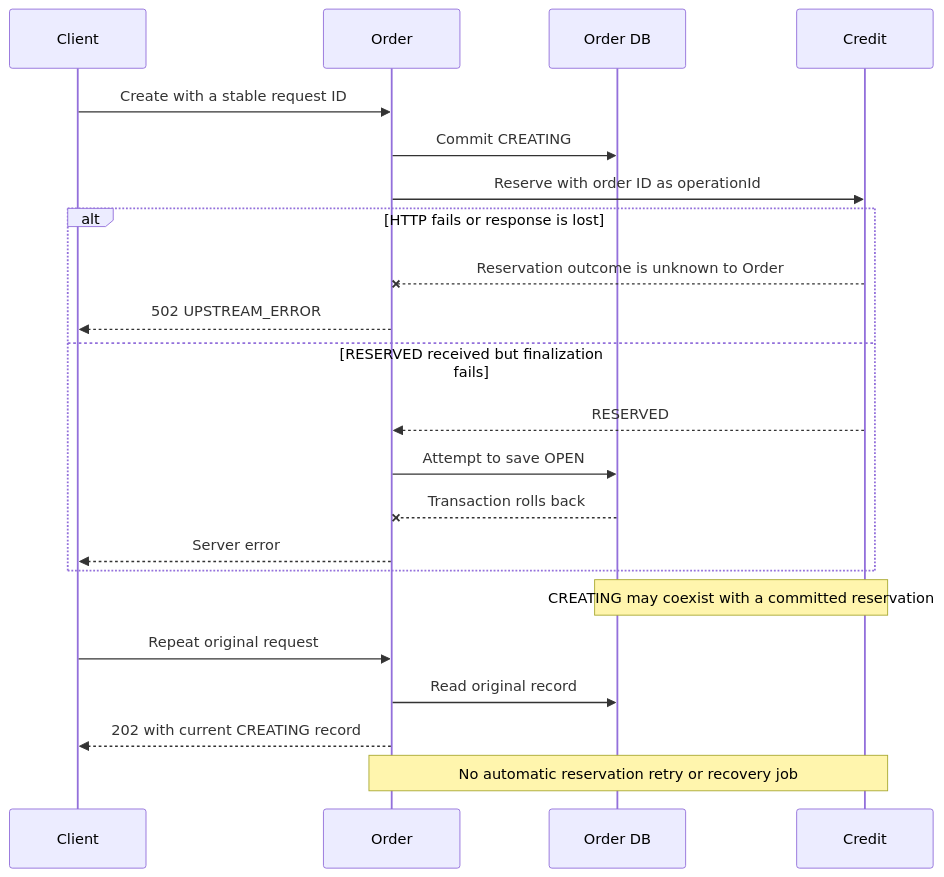
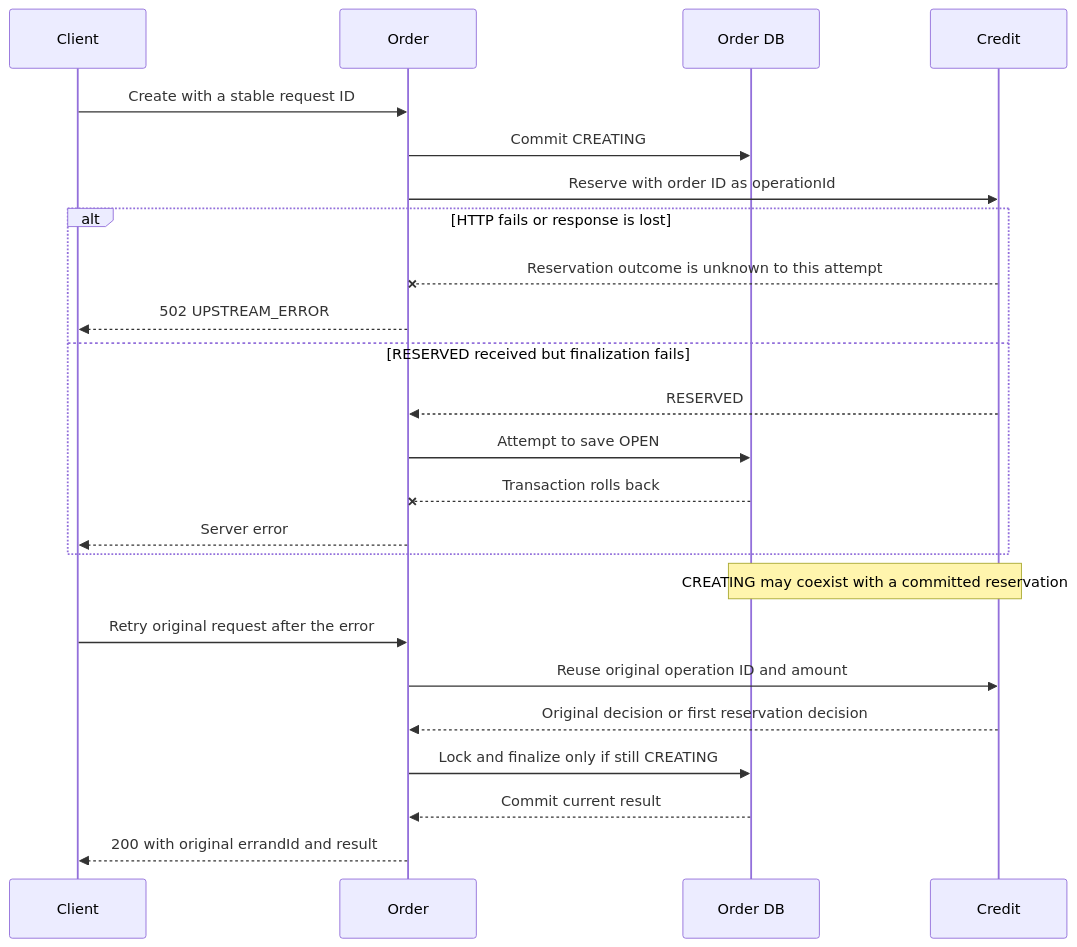
Diagram 11 of 16 in order-service/README.md (AY2627S1-CS3219-P24/FoC), drawn with Mermaid before and after one commit. The commit also changed other lines of this file and 5 other files, not shown here.

Commit message:
fix(order): resume pending creation on request retry

````diff
--- a/order-service/README.md
+++ b/order-service/README.md
@@ -316,24 +327,26 @@
 ```mermaid
 sequenceDiagram
     participant Client
     participant Order
     participant DB as Order DB
     participant Credit
     Client->>Order: Create with a stable request ID
     Order->>DB: Commit CREATING
     Order->>Credit: Reserve with order ID as operationId
     alt HTTP fails or response is lost
-        Credit--xOrder: Reservation outcome is unknown to Order
+        Credit--xOrder: Reservation outcome is unknown to this attempt
         Order-->>Client: 502 UPSTREAM_ERROR
     else RESERVED received but finalization fails
         Credit-->>Order: RESERVED
         Order->>DB: Attempt to save OPEN
         DB--xOrder: Transaction rolls back
         Order-->>Client: Server error
     end
     Note over DB,Credit: CREATING may coexist with a committed reservation
-    Client->>Order: Repeat original request
-    Order->>DB: Read original record
-    Order-->>Client: 202 with current CREATING record
-    Note over Order,Credit: No automatic reservation retry or recovery job
+    Client->>Order: Retry original request after the error
+    Order->>Credit: Reuse original operation ID and amount
+    Credit-->>Order: Original decision or first reservation decision
+    Order->>DB: Lock and finalize only if still CREATING
+    DB-->>Order: Commit current result
+    Order-->>Client: 200 with original errandId and result
 ```
````
